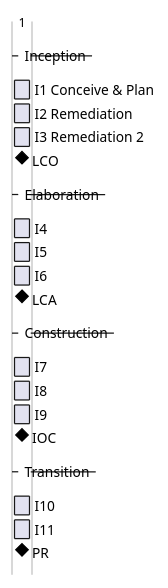
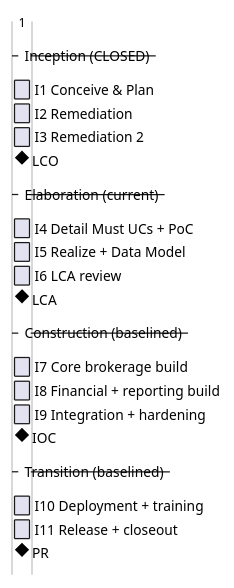
One commit to banense-test/trademe changed the first of 2 diagrams in docs/artifacts/project-management/iteration-plan.md. Above: the diagram before and after it, drawn with PlantUML. The commit also changed other lines of this file, not shown here.

````diff
--- a/docs/artifacts/project-management/iteration-plan.md
+++ b/docs/artifacts/project-management/iteration-plan.md
@@ -19,24 +21,24 @@
 ```plantuml
 @startgantt
 hide footbox
--- Inception --
+-- Inception (CLOSED) --
 [I1 Conceive & Plan] lasts 1 days
 [I2 Remediation] lasts 1 days
 [I3 Remediation 2] lasts 1 days
 [LCO] happens at [I3 Remediation 2]'s end
--- Elaboration --
-[I4] lasts 1 days
-[I5] lasts 1 days
-[I6] lasts 1 days
-[LCA] happens at [I6]'s end
--- Construction --
-[I7] lasts 1 days
-[I8] lasts 1 days
-[I9] lasts 1 days
-[IOC] happens at [I9]'s end
--- Transition --
-[I10] lasts 1 days
-[I11] lasts 1 days
-[PR] happens at [I11]'s end
+-- Elaboration (current) --
+[I4 Detail Must UCs + PoC] lasts 1 days
+[I5 Realize + Data Model] lasts 1 days
+[I6 LCA review] lasts 1 days
+[LCA] happens at [I6 LCA review]'s end
+-- Construction (baselined) --
+[I7 Core brokerage build] lasts 1 days
+[I8 Financial + reporting build] lasts 1 days
+[I9 Integration + hardening] lasts 1 days
+[IOC] happens at [I9 Integration + hardening]'s end
+-- Transition (baselined) --
+[I10 Deployment + training] lasts 1 days
+[I11 Release + closeout] lasts 1 days
+[PR] happens at [I11 Release + closeout]'s end
 @endgantt
 ```
````
